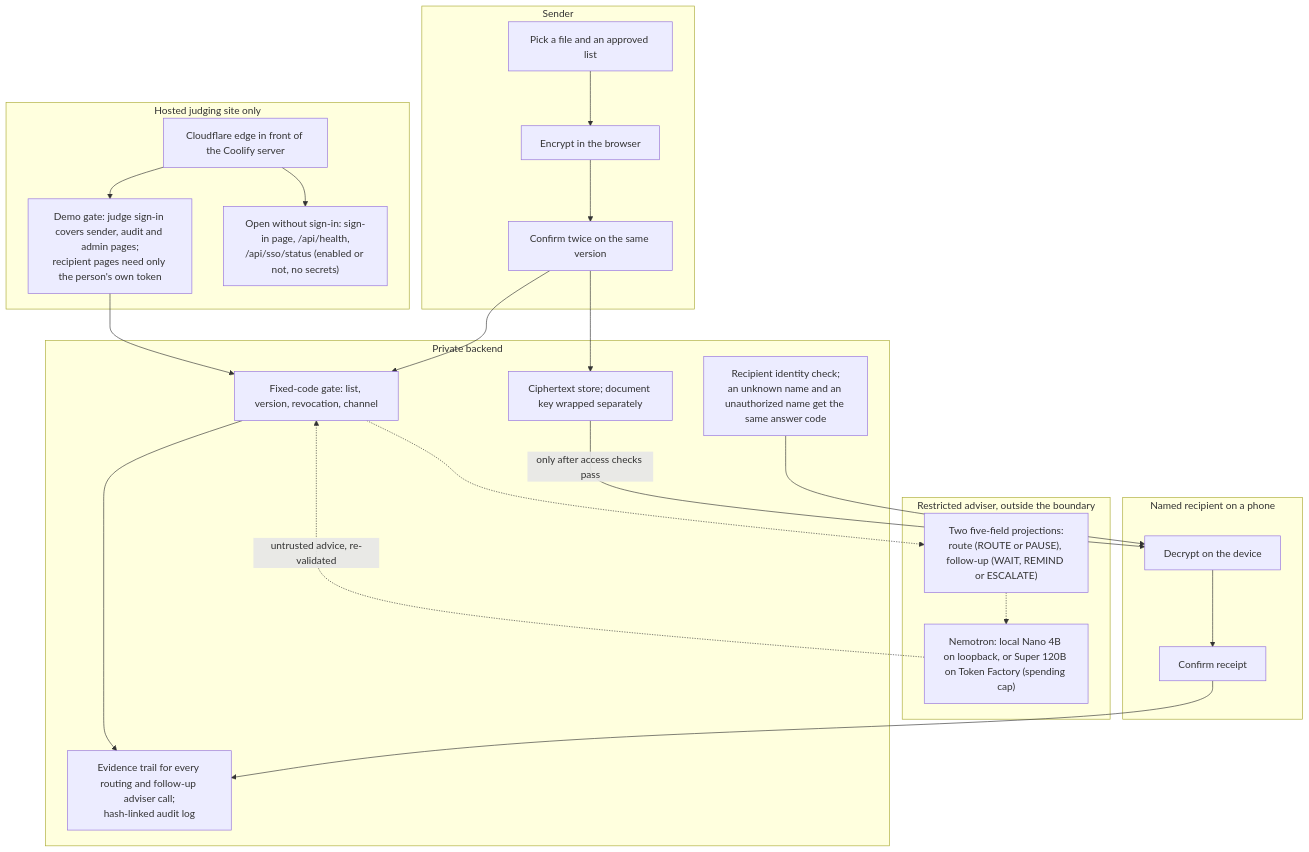
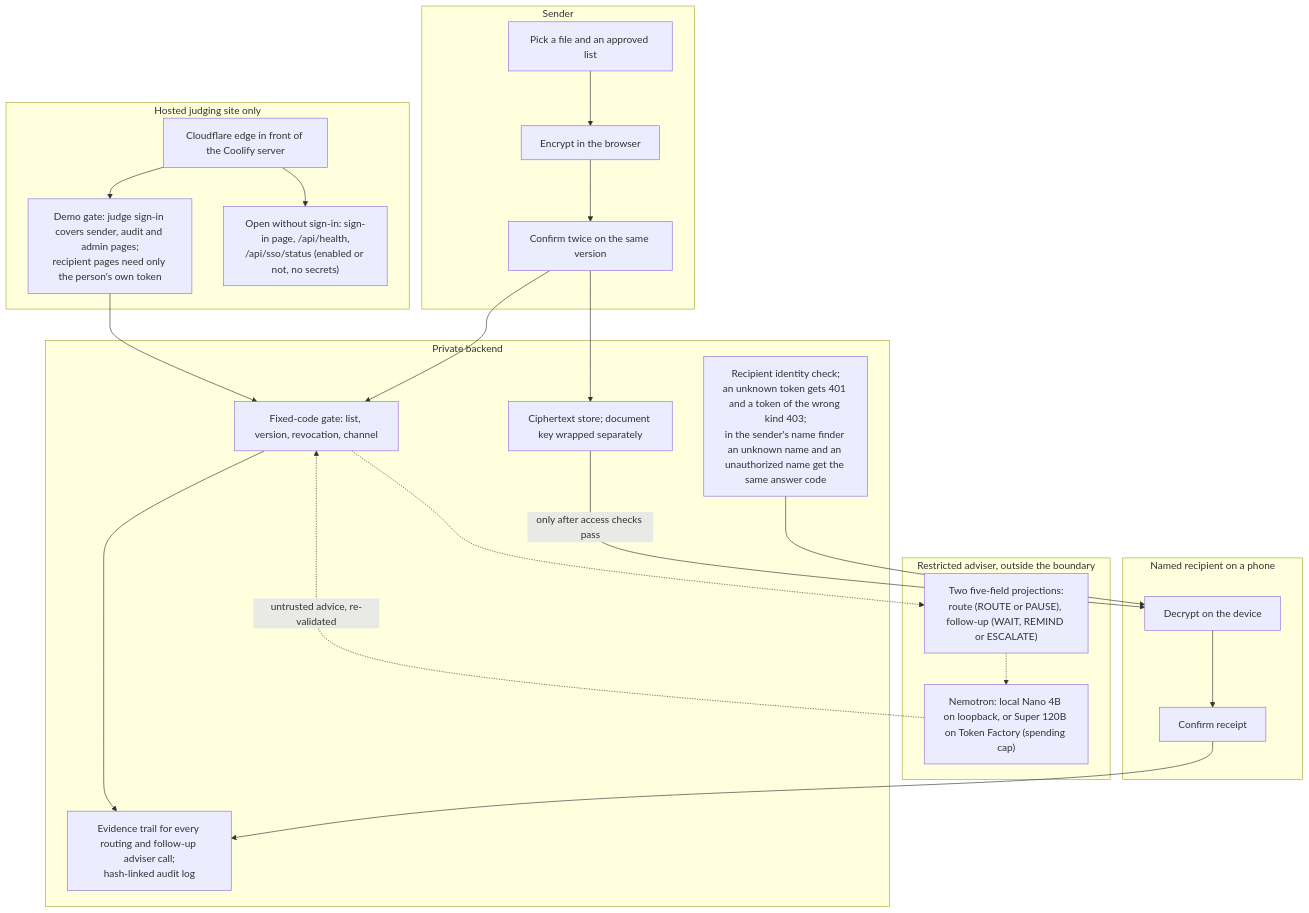
Before and after one commit to jiarong0423/zero-trust-edge-enclave: the second of 2 diagrams in docs/agent/approved-delivery-architecture.md, drawn with Mermaid. The commit also changed other lines of this file and 13 other files, not shown here.

Commit message:
Docs and diagrams: cost per outlet shown in the trust-boundary diagram, Cloudflare TLS stated, cascade also covers a refused answer, pseudonymous by default, provider usage record for the cost figure, opt-in AI paths in the threat model

````diff
--- a/docs/agent/approved-delivery-architecture.md
+++ b/docs/agent/approved-delivery-architecture.md
@@ -116,36 +116,36 @@
 ```mermaid
 flowchart TB
   subgraph Hosted["Hosted judging site only"]
     Edge["Cloudflare edge in front of the Coolify server"]
     Gate["Demo gate: judge sign-in covers sender, audit and admin pages;<br/>recipient pages need only the person's own token"]
     Open["Open without sign-in: sign-in page, /api/health,<br/>/api/sso/status (enabled or not, no secrets)"]
     Edge --> Gate
     Edge --> Open
   end
   subgraph Sender["Sender"]
     Pick["Pick a file and an approved list"] --> Seal["Encrypt in the browser"] --> Confirm["Confirm twice on the same version"]
   end
   subgraph Backend["Private backend"]
     Fixed["Fixed-code gate: list, version, revocation, channel"]
     Store["Ciphertext store; document key wrapped separately"]
     Evidence["Evidence trail for every routing and follow-up adviser call;<br/>hash-linked audit log"]
-    Access["Recipient identity check;<br/>an unknown name and an unauthorized name get the same answer code"]
+    Access["Recipient identity check;<br/>an unknown token gets 401 and a token of the wrong kind 403;<br/>in the sender's name finder an unknown name and an unauthorized name get the same answer code"]
   end
   subgraph Adviser["Restricted adviser, outside the boundary"]
     Fields["Two five-field projections:<br/>route (ROUTE or PAUSE), follow-up (WAIT, REMIND or ESCALATE)"]
     Model["Nemotron: local Nano 4B on loopback, or Super 120B on Token Factory (spending cap)"]
     Fields -.-> Model
   end
   subgraph Recipient["Named recipient on a phone"]
     Decrypt["Decrypt on the device"] --> Receipt["Confirm receipt"]
   end
   Gate --> Fixed
   Confirm --> Store
   Confirm --> Fixed
   Fixed -.-> Fields
   Model -.->|"untrusted advice, re-validated"| Fixed
   Fixed --> Evidence
   Store -->|"only after access checks pass"| Decrypt
   Access --> Decrypt
   Receipt --> Evidence
 ```
````
